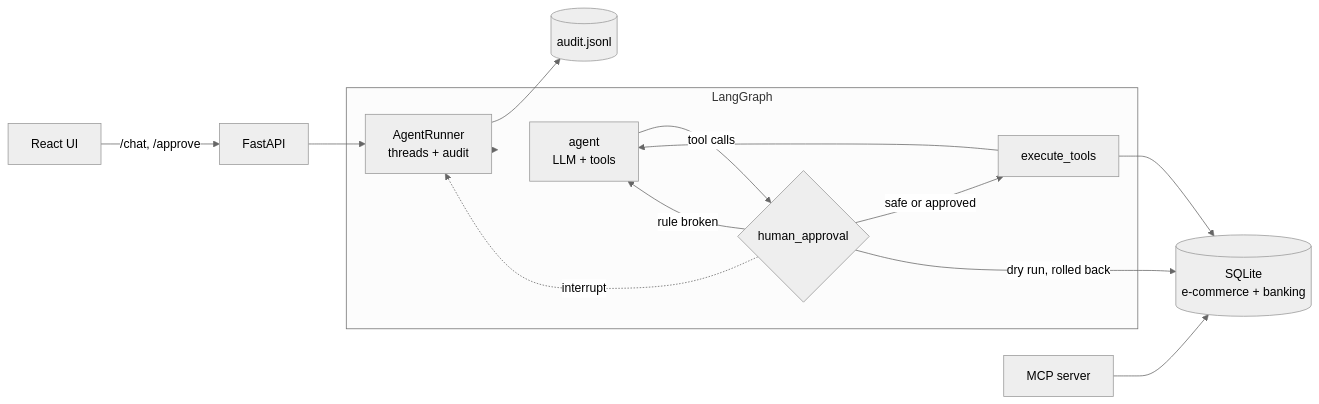
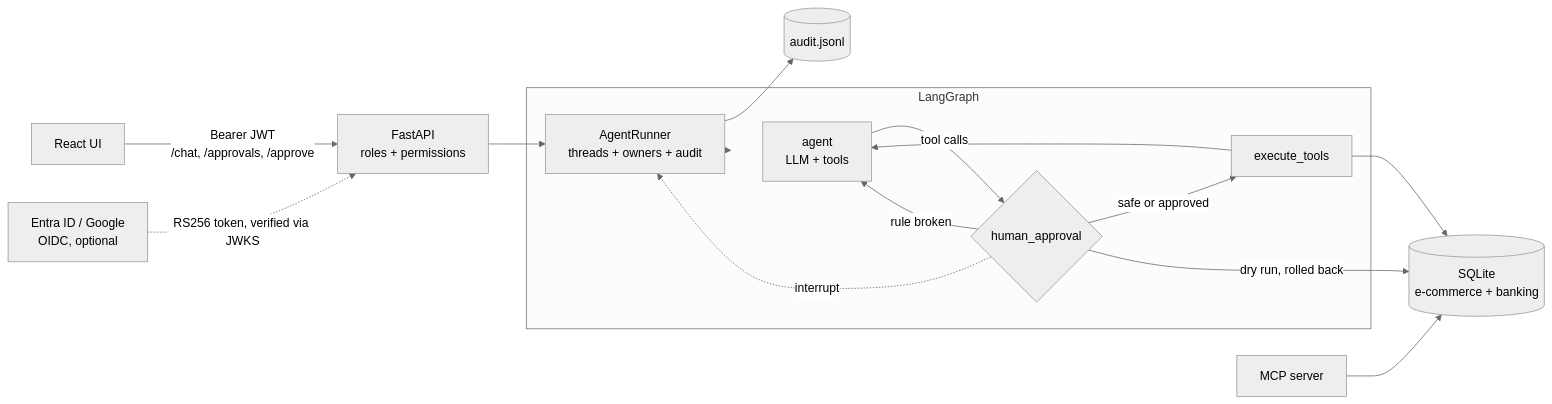
One commit to GrandhiPadmavathi/safeops-agent changed the diagram in README.md. Above: the diagram before and after it, drawn with Mermaid (neutral theme). The commit also changed other lines of this file and 17 other files, not shown here.

````diff
--- a/README.md
+++ b/README.md
@@ -33,17 +36,18 @@
 ```mermaid
 flowchart LR
-    UI[React UI] -->|/chat, /approve| API[FastAPI]
-    API --> R[AgentRunner<br/>threads + audit]
+    UI[React UI] -->|Bearer JWT<br/>/chat, /approvals, /approve| API[FastAPI<br/>roles + permissions]
+    IDP[Entra ID / Google<br/>OIDC, optional] -.->|RS256 token, verified via JWKS| API
+    API --> R[AgentRunner<br/>threads + owners + audit]
     R --> G
     subgraph G[LangGraph]
         A[agent<br/>LLM + tools] -->|tool calls| H{human_approval}
         H -->|safe or approved| X[execute_tools]
         H -->|rule broken| A
         H -.->|interrupt| R
         X --> A
     end
     X --> DB[(SQLite<br/>e-commerce + banking)]
     H -->|dry run, rolled back| DB
     R --> L[(audit.jsonl)]
     M[MCP server] --> DB
 ```
````
